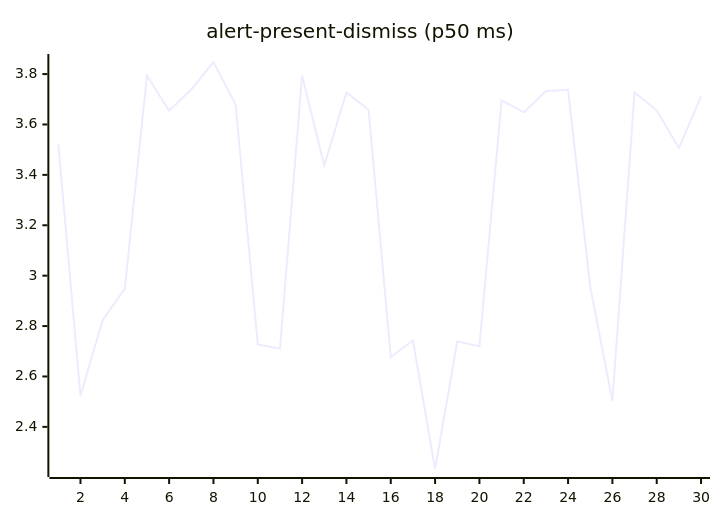
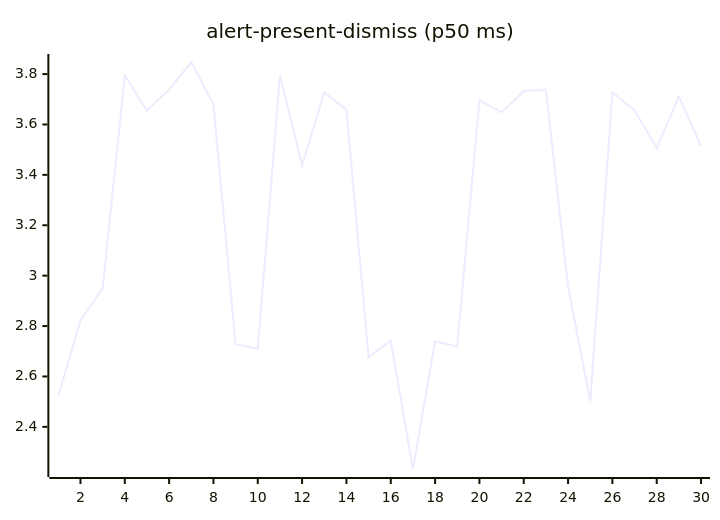
One commit to josha/Facet changed the second of 27 diagrams in README.md. Above: the diagram before and after it, drawn with Mermaid. The commit also changed other lines of this file and 2 other files, not shown here.

````diff
--- a/README.md
+++ b/README.md
@@ -70,6 +70,6 @@
 ```mermaid
 xychart-beta
     title "alert-present-dismiss (p50 ms)"
     x-axis 1 --> 30
-    line [3.5227, 2.5229, 2.8233, 2.9484, 3.7942, 3.6546, 3.7386, 3.8479, 3.6788, 2.7270, 2.7111, 3.7936, 3.4376, 3.7274, 3.6582, 2.6769, 2.7425, 2.2328, 2.7393, 2.7195, 3.6955, 3.6480, 3.7318, 3.7373, 2.9562, 2.5024, 3.7273, 3.6562, 3.5064, 3.7112]
+    line [2.5229, 2.8233, 2.9484, 3.7942, 3.6546, 3.7386, 3.8479, 3.6788, 2.7270, 2.7111, 3.7936, 3.4376, 3.7274, 3.6582, 2.6769, 2.7425, 2.2328, 2.7393, 2.7195, 3.6955, 3.6480, 3.7318, 3.7373, 2.9562, 2.5024, 3.7273, 3.6562, 3.5064, 3.7112, 3.5136]
 ```
````
